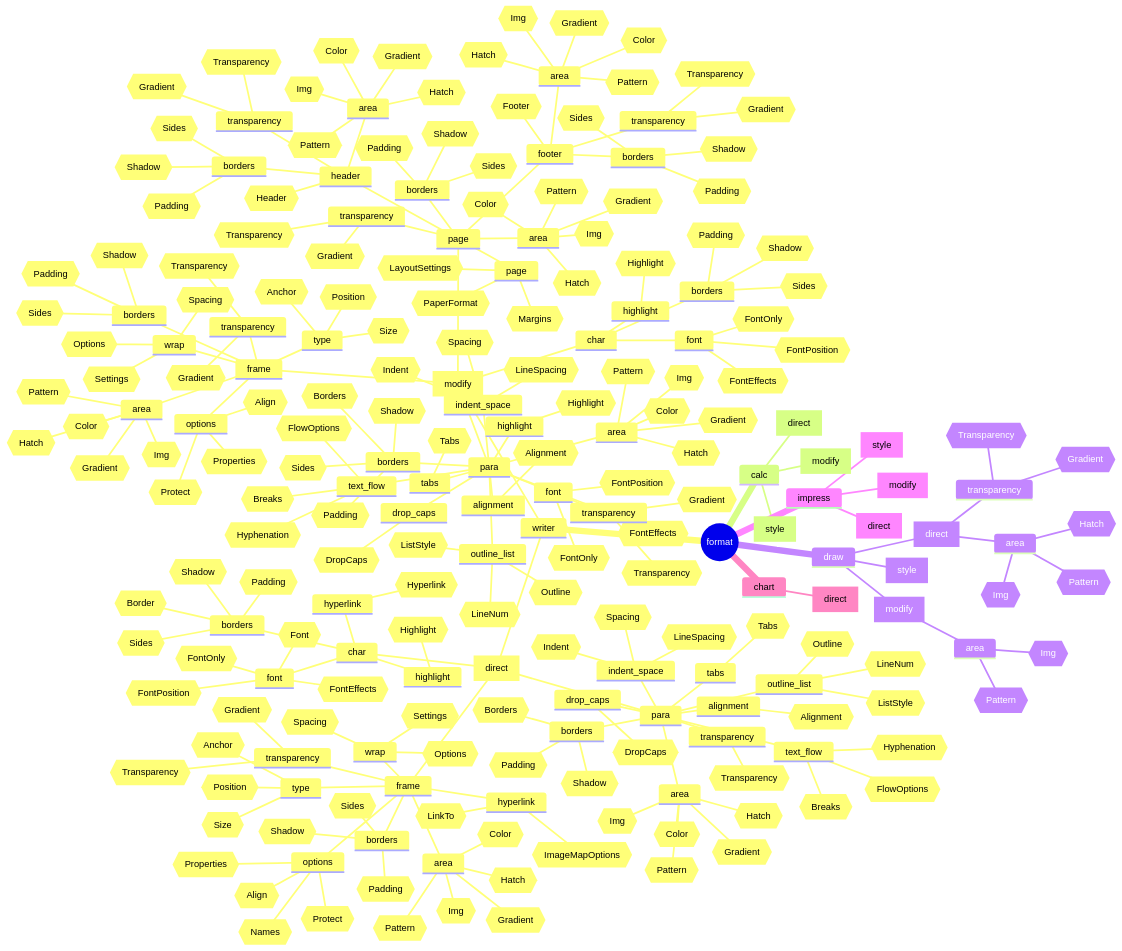
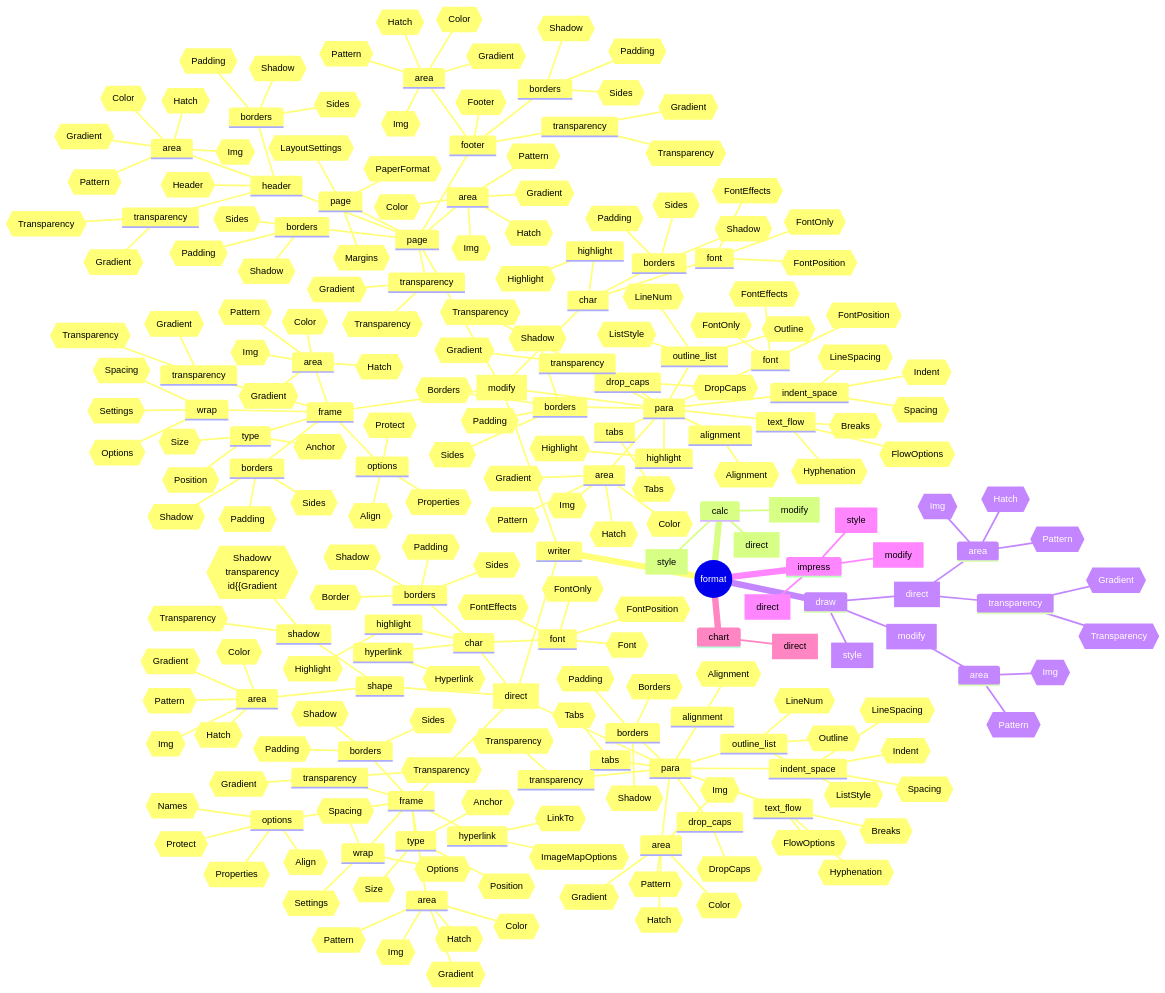
Before and after one commit to Amourspirit/python_ooo_dev_tools: the diagram in ooodev/format/readme.md, drawn with Mermaid. The commit also changed 11 other files, not shown here.

```diff
--- a/ooodev/format/readme.md
+++ b/ooodev/format/readme.md
@@ -80,6 +80,18 @@
                         id{{Hatch}}
                         id{{Img}}
                         id{{Pattern}}
+                    transparency
+                        id{{Gradient}}
+                        id{{Transparency}}
+                shape
+                    area
+                        id{{Color}}
+                        id{{Gradient}}
+                        id{{Hatch}}
+                        id{{Img}}
+                        id{{Pattern}}
+                    shadow
+                        id{{Shadowv
                     transparency
                         id{{Gradient}}
                         id{{Transparency}}
```
